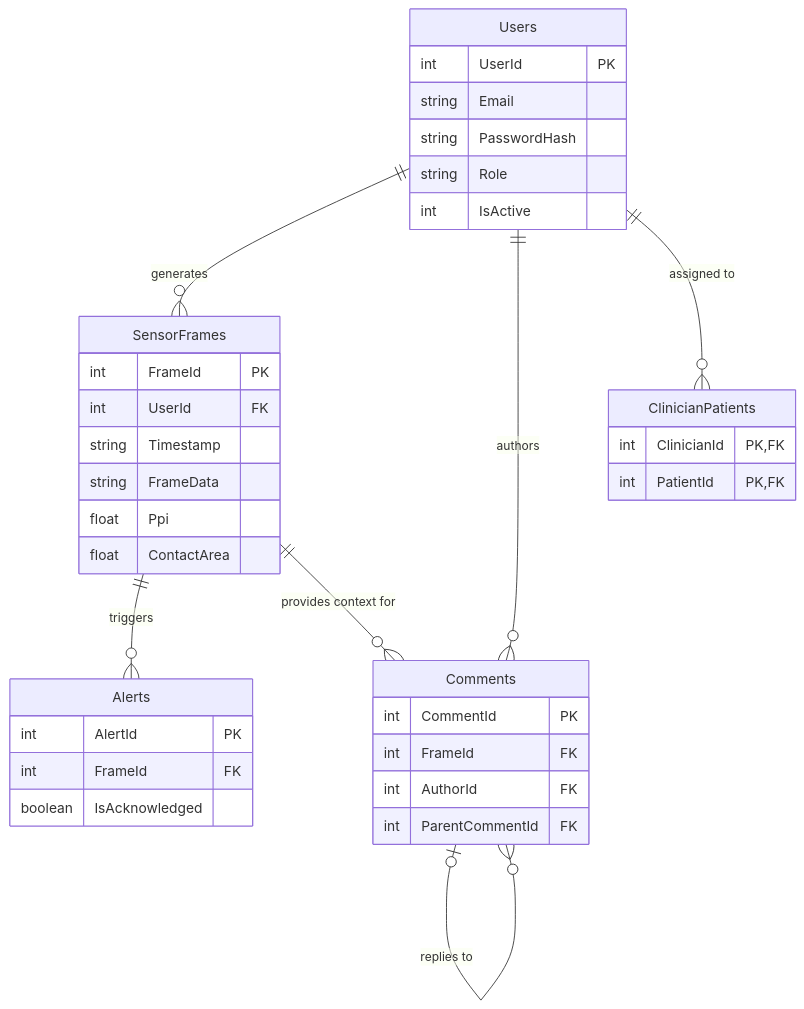
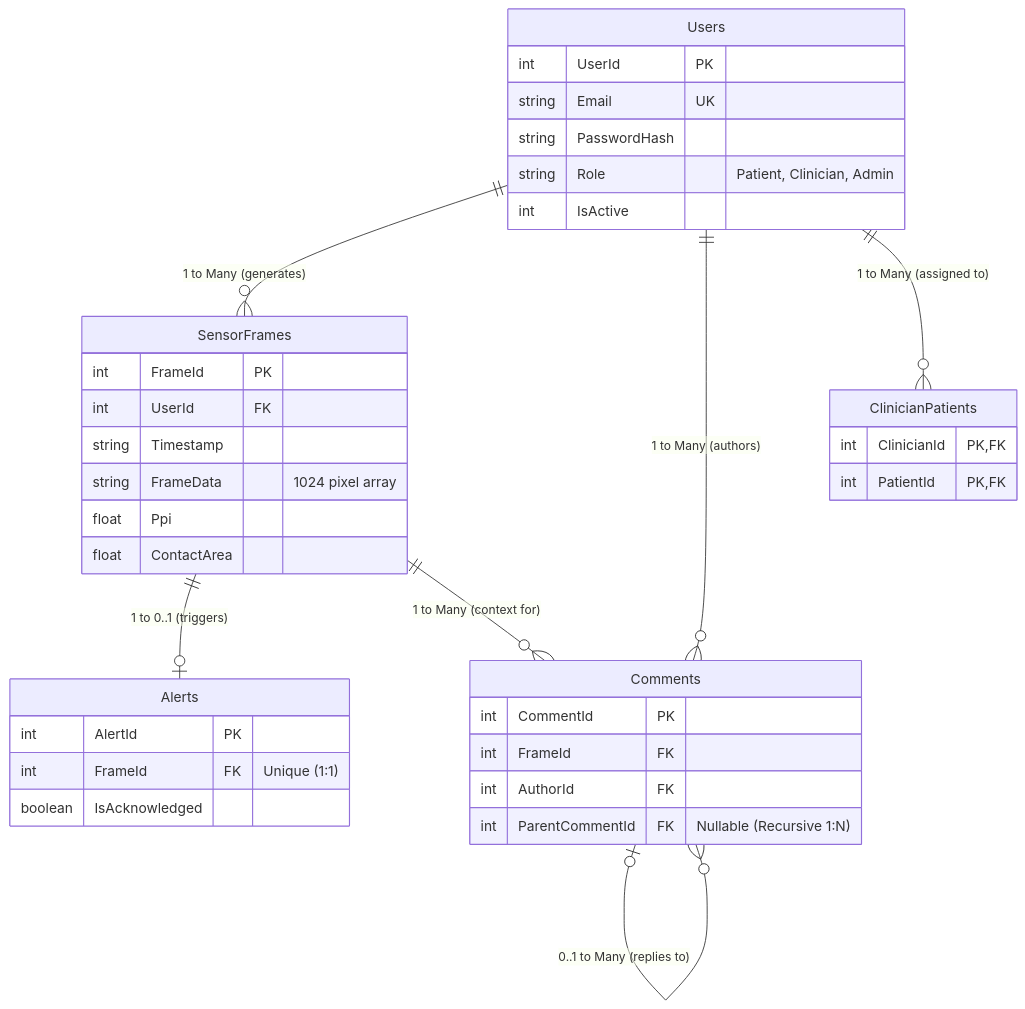
The second of 2 diagrams in README.md (mahateermuhammad4/Sensore), drawn with Mermaid before and after one commit. The commit also changed other lines of this file and 1 other file, not shown here.

Commit message:
docs: Enhance use case diagram with new structure and relationships, and refine ER diagram with explicit constraints and cardinality.

````diff
--- a/README.md
+++ b/README.md
@@ -167,40 +183,42 @@
 ```mermaid
 erDiagram
     Users {
         int UserId PK
-        string Email
+        string Email UK
         string PasswordHash
-        string Role
+        string Role "Patient, Clinician, Admin"
         int IsActive
     }
     SensorFrames {
         int FrameId PK
         int UserId FK
         string Timestamp
-        string FrameData
+        string FrameData "1024 pixel array"
         float Ppi
         float ContactArea
     }
     Alerts {
         int AlertId PK
-        int FrameId FK
+        int FrameId FK "Unique (1:1)"
         boolean IsAcknowledged
     }
     Comments {
         int CommentId PK
         int FrameId FK
         int AuthorId FK
-        int ParentCommentId FK
+        int ParentCommentId FK "Nullable (Recursive 1:N)"
     }
     ClinicianPatients {
         int ClinicianId PK,FK
         int PatientId PK,FK
     }
 
-    Users ||--o{ SensorFrames : "generates"
-    Users ||--o{ Comments : "authors"
-    SensorFrames ||--o{ Alerts : "triggers"
-    SensorFrames ||--o{ Comments : "provides context for"
-    Users ||--o{ ClinicianPatients : "assigned to"
-    Comments |o--o{ Comments : "replies to"
+    Users ||--o{ SensorFrames : "1 to Many (generates)"
+    Users ||--o{ Comments : "1 to Many (authors)"
+    Users ||--o{ ClinicianPatients : "1 to Many (assigned to)"
+    
+    SensorFrames ||--o| Alerts : "1 to 0..1 (triggers)"
+    SensorFrames ||--o{ Comments : "1 to Many (context for)"
+    
+    Comments |o--o{ Comments : "0..1 to Many (replies to)"
 ```
````
